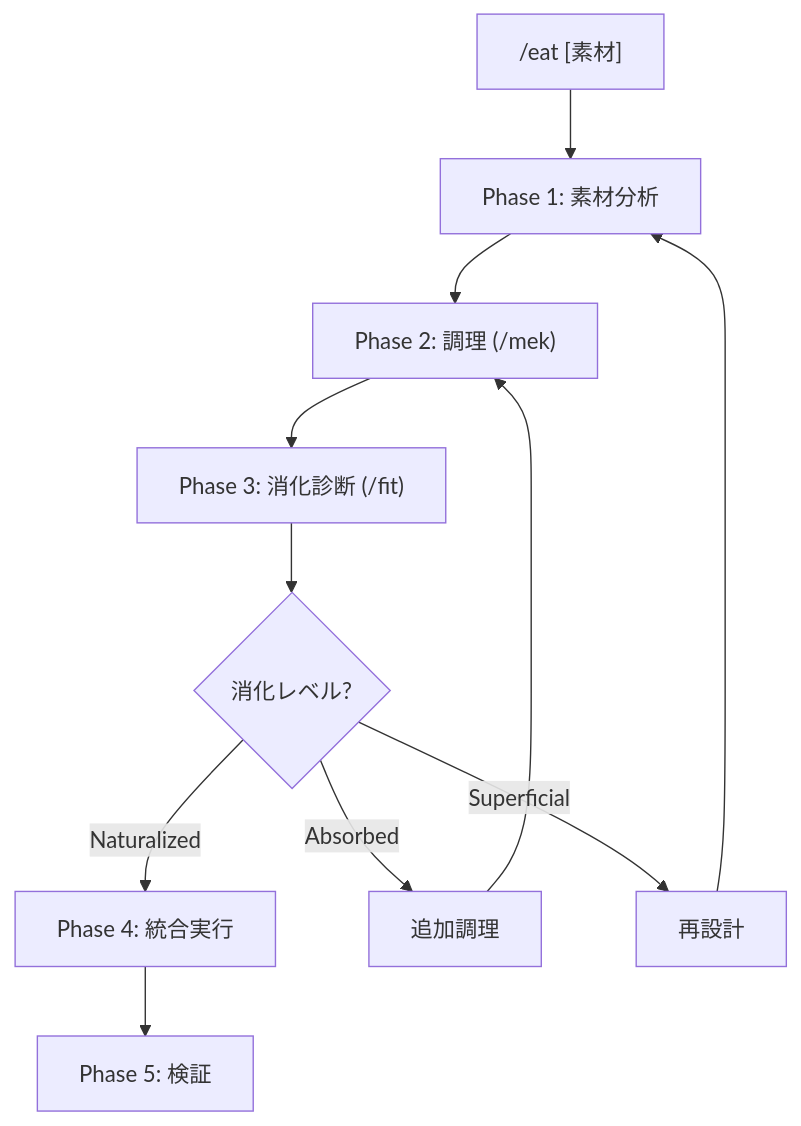
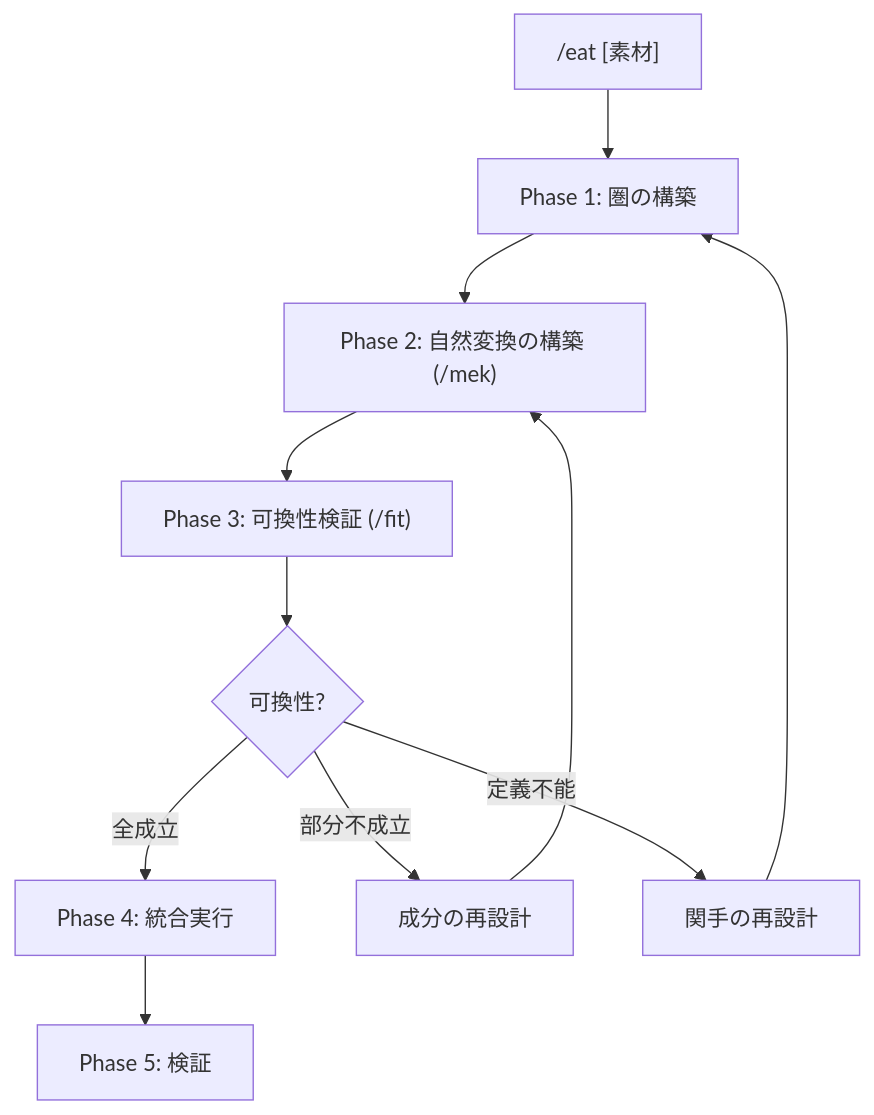
One commit to laihuip001/hegemonikon changed the diagram in .agent/workflows/eat.md. Above: the diagram before and after it, drawn with Mermaid. The commit also changed other lines of this file and 191 other files, not shown here.

````diff
--- a/.agent/workflows/eat.md
+++ b/.agent/workflows/eat.md
@@ -79,13 +96,13 @@
 ```mermaid
 graph TD
-    A["/eat [素材]"] --> B["Phase 1: 素材分析"]
-    B --> C["Phase 2: 調理 (/mek)"]
-    C --> D["Phase 3: 消化診断 (/fit)"]
-    D --> E{消化レベル?}
-    E -->|Naturalized| F["Phase 4: 統合実行"]
-    E -->|Absorbed| G["追加調理"]
+    A["/eat [素材]"] --> B["Phase 1: 圏の構築"]
+    B --> C["Phase 2: 自然変換の構築 (/mek)"]
+    C --> D["Phase 3: 可換性検証 (/fit)"]
+    D --> E{可換性?}
+    E -->|全成立| F["Phase 4: 統合実行"]
+    E -->|部分不成立| G["成分の再設計"]
     G --> C
-    E -->|Superficial| H["再設計"]
+    E -->|定義不能| H["関手の再設計"]
     H --> B
     F --> I["Phase 5: 検証"]
 ```
````
